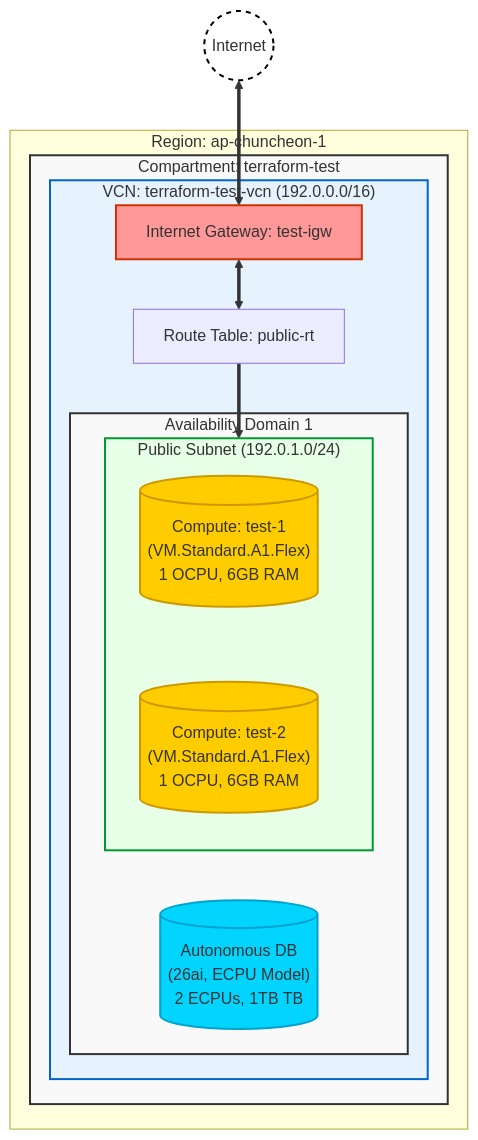
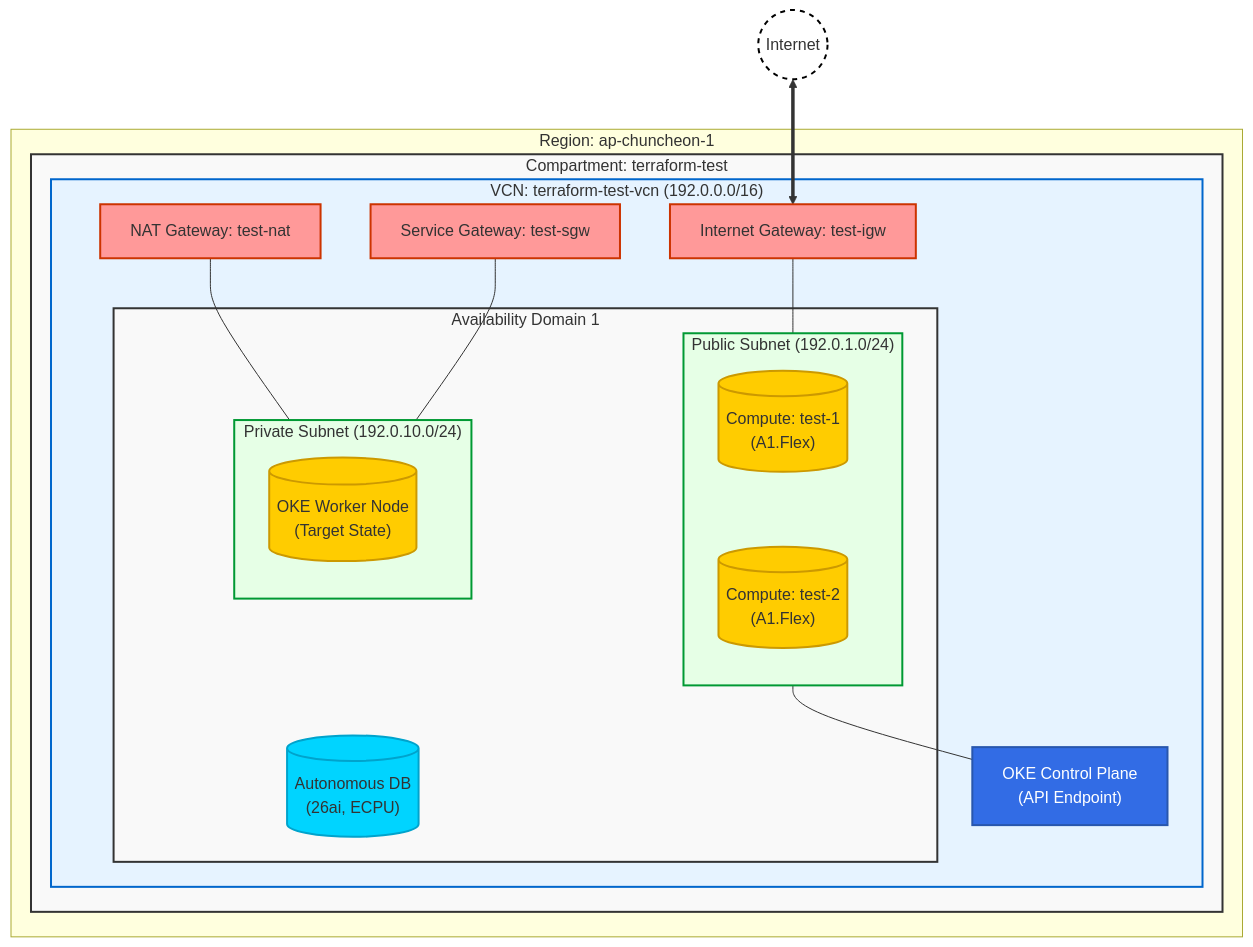
Before and after one commit to gruvboogi/terraform-test: the diagram in ARCHITECTURE.md, drawn with Mermaid. The commit also changed other lines of this file and 1 other file, not shown here.

Commit message:
Update architecture and dev notes with OKE troubleshooting and network expansion

````diff
--- a/ARCHITECTURE.md
+++ b/ARCHITECTURE.md
@@ -7,53 +7,64 @@
 ```mermaid
 graph TD
     %% Define Styles
     classDef compartment fill:#f9f9f9,stroke:#333,stroke-width:2px;
     classDef vcn fill:#e6f3ff,stroke:#0066cc,stroke-width:2px;
     classDef subnet fill:#e6ffe6,stroke:#009933,stroke-width:2px;
     classDef compute fill:#ffcc00,stroke:#cc9900,stroke-width:2px;
     classDef db fill:#00d4ff,stroke:#00a3cc,stroke-width:2px;
     classDef gateway fill:#ff9999,stroke:#cc3300,stroke-width:2px;
     classDef internet fill:#ffffff,stroke:#000000,stroke-width:2px,stroke-dasharray: 5 5;
+    classDef oke fill:#326ce5,stroke:#2856ad,stroke-width:2px,color:#fff;
 
     Internet((Internet)):::internet
 
     subgraph Region ["Region: ap-chuncheon-1"]
         subgraph Comp ["Compartment: terraform-test"]
             
             subgraph VCN ["VCN: terraform-test-vcn (192.0.0.0/16)"]
                 
                 IGW[Internet Gateway: test-igw]:::gateway
+                NAT[NAT Gateway: test-nat]:::gateway
+                SGW[Service Gateway: test-sgw]:::gateway
                 
                 subgraph AD1 ["Availability Domain 1"]
                     
                     subgraph PubSub ["Public Subnet (192.0.1.0/24)"]
                         direction TB
-                        
-                        Inst1[("Compute: test-1<br/>(VM.Standard.A1.Flex)<br/>1 OCPU, 6GB RAM")]:::compute
-                        Inst2[("Compute: test-2<br/>(VM.Standard.A1.Flex)<br/>1 OCPU, 6GB RAM")]:::compute
+                        Inst1[("Compute: test-1<br/>(A1.Flex)")]:::compute
+                        Inst2[("Compute: test-2<br/>(A1.Flex)")]:::compute
                     end
 
-                    ADB[("Autonomous DB<br/>(26ai, ECPU Model)<br/>2 ECPUs, 1TB TB")]:::db
+                    subgraph PrivSub ["Private Subnet (192.0.10.0/24)"]
+                        direction TB
+                        Node1[("OKE Worker Node<br/>(Target State)")]:::compute
+                    end
+
+                    ADB[("Autonomous DB<br/>(26ai, ECPU)")]:::db
                 end
                 
-                RT[Route Table: public-rt]
+                OKE_CP["OKE Control Plane<br/>(API Endpoint)"]:::oke
             end
         end
     end
 
     %% Network Flows
     Internet <==> IGW
-    IGW <==> RT
-    RT ==> PubSub
+    IGW --- PubSub
+    NAT --- PrivSub
+    SGW --- PrivSub
     
     %% Connections
     PubSub --- Inst1
     PubSub --- Inst2
+    PrivSub --- Node1
+    PubSub --- OKE_CP
     Comp --- ADB
 
     %% Styling
     class Comp compartment
     class VCN vcn
     class PubSub subnet
+    class PrivSub subnet
     class AD1 compartment
 ```
````
